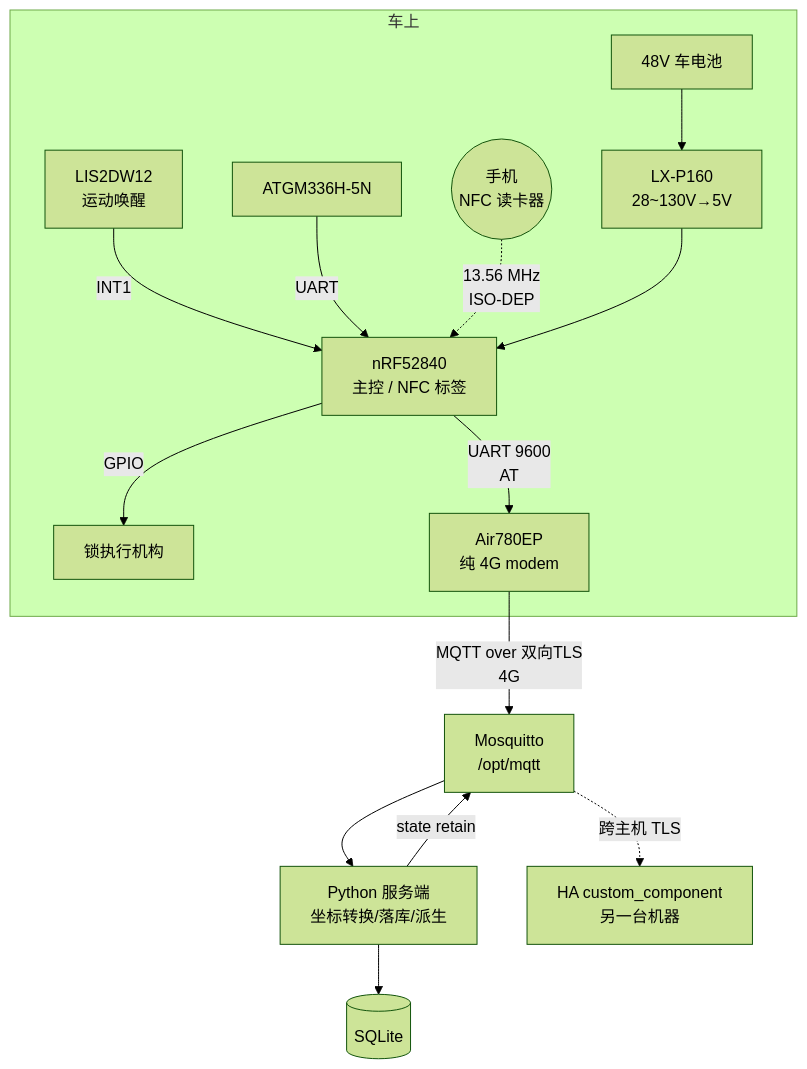
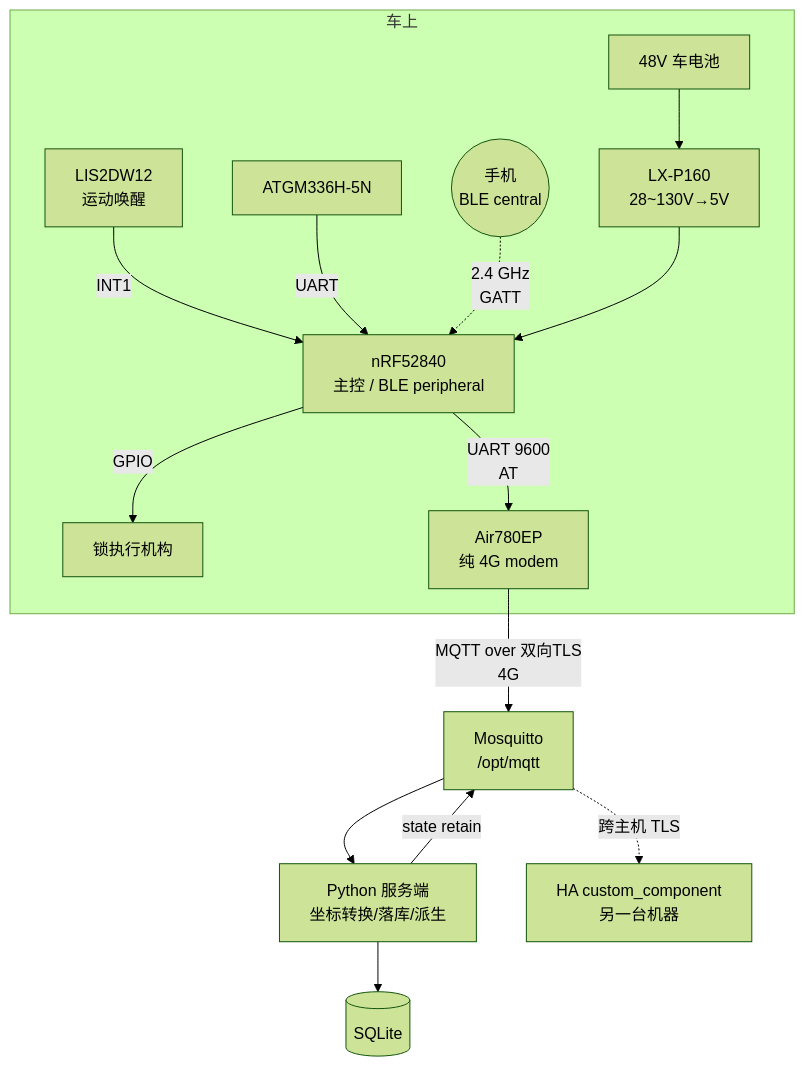
Before and after one commit to 12123ads/bike: the diagram in docs/DESIGN.md, drawn with Mermaid (forest theme). The commit also changed other lines of this file and 57 other files, not shown here.

````diff
--- a/docs/DESIGN.md
+++ b/docs/DESIGN.md
@@ -35,16 +40,16 @@
 ```mermaid
 graph TB
   subgraph 车上
     ACC["LIS2DW12<br/>运动唤醒"] -->|INT1| MCU
     GNSS["ATGM336H-5N"] -->|UART| MCU
-    PHONE(("手机<br/>NFC 读卡器")) -.->|13.56 MHz<br/>ISO-DEP| MCU["nRF52840<br/>主控 / NFC 标签"]
+    PHONE(("手机<br/>BLE central")) -.->|2.4 GHz<br/>GATT| MCU["nRF52840<br/>主控 / BLE peripheral"]
     MCU -->|GPIO| LOCK["锁执行机构"]
     MCU -->|UART 9600<br/>AT| EP["Air780EP<br/>纯 4G modem"]
     BATT["48V 车电池"] --> PWR["LX-P160<br/>28~130V→5V"] --> MCU
   end
   EP -->|MQTT over 双向TLS<br/>4G| MQ["Mosquitto<br/>/opt/mqtt"]
   MQ --> SRV["Python 服务端<br/>坐标转换/落库/派生"]
   SRV --> DB[(SQLite)]
   SRV -->|state retain| MQ
   MQ -.->|跨主机 TLS| HA["HA custom_component<br/>另一台机器"]
 ```
````
